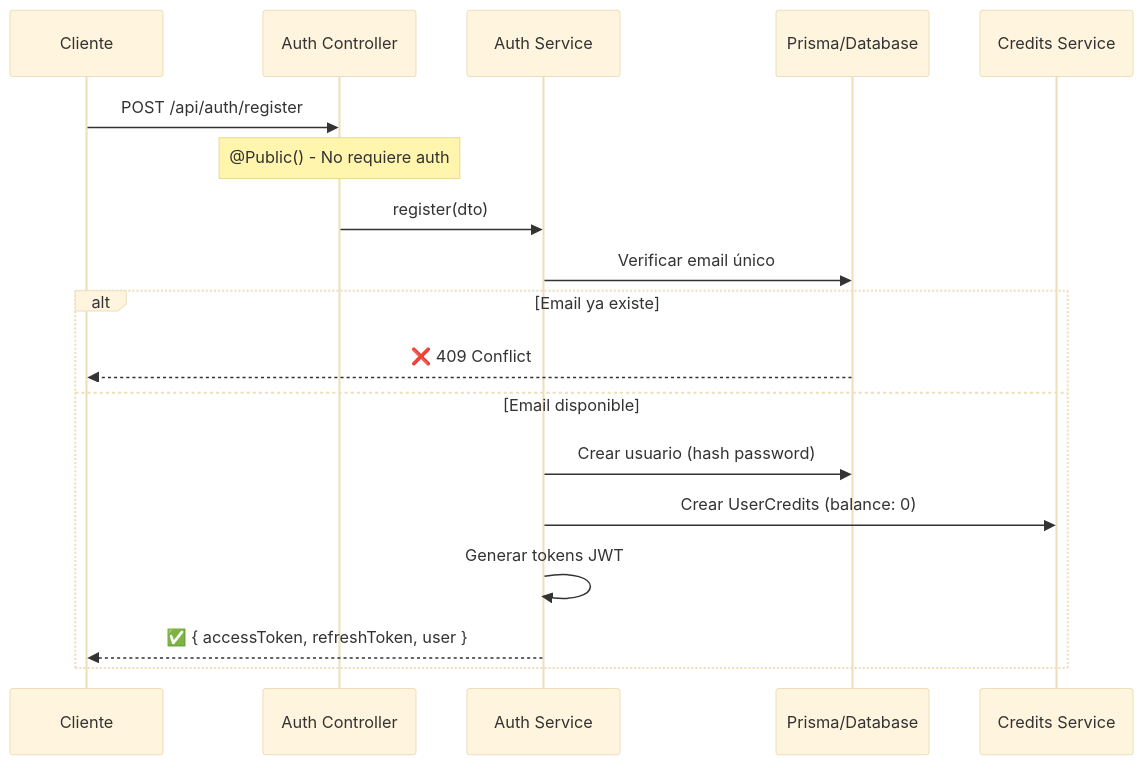
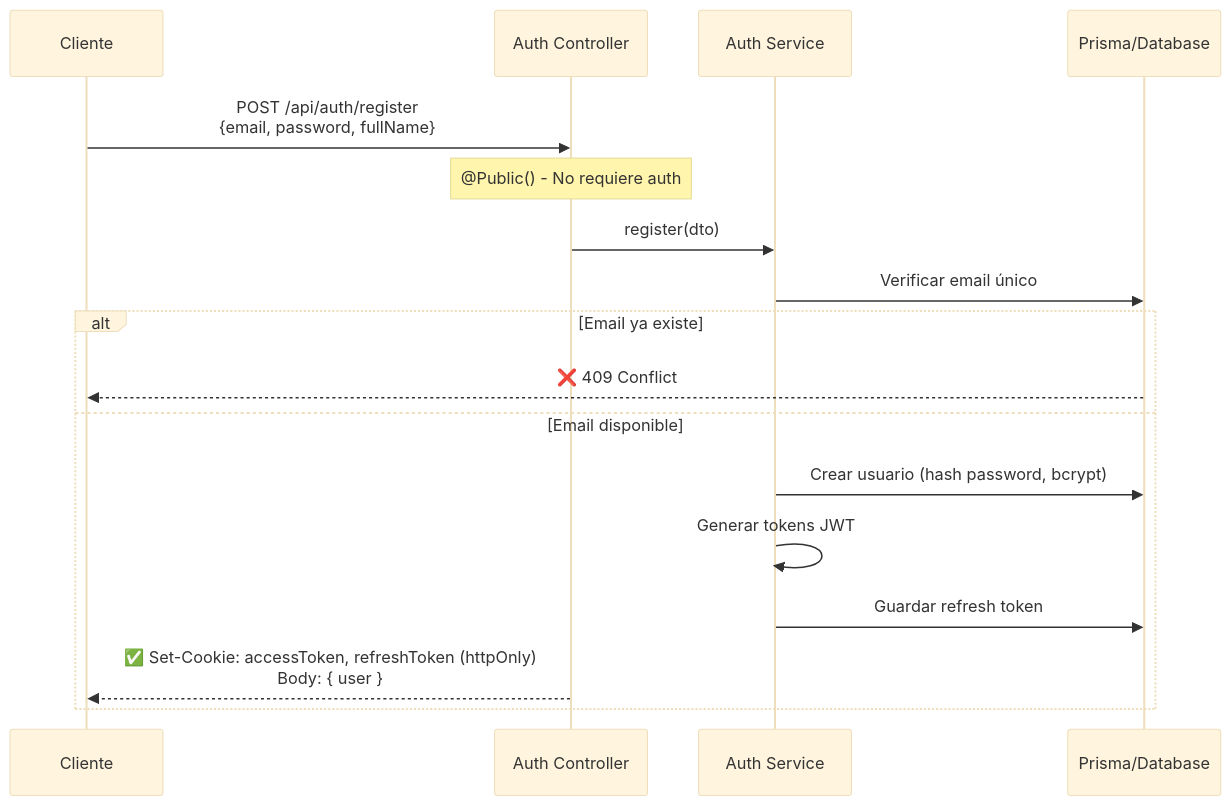
Before and after one commit to davitpra/backend-claw-and-soul-: the second of 14 diagrams in FLUJOS.md, drawn with Mermaid (base theme). The commit also changed other lines of this file and 3 other files, not shown here.

Commit message:
feat(auth): update JWT strategy, guards, filters and flow documentation

````diff
--- a/FLUJOS.md
+++ b/FLUJOS.md
@@ -83,21 +88,20 @@
 ```mermaid
 sequenceDiagram
     participant C as Cliente
     participant API as Auth Controller
     participant S as Auth Service
     participant DB as Prisma/Database
-    participant CR as Credits Service
 
-    C->>API: POST /api/auth/register
+    C->>API: POST /api/auth/register<br/>{email, password, fullName}
     Note over API: @Public() - No requiere auth
     API->>S: register(dto)
     S->>DB: Verificar email único
     alt Email ya existe
         DB-->>C: ❌ 409 Conflict
     else Email disponible
-        S->>DB: Crear usuario (hash password)
-        S->>CR: Crear UserCredits (balance: 0)
+        S->>DB: Crear usuario (hash password, bcrypt)
         S->>S: Generar tokens JWT
-        S-->>C: ✅ { accessToken, refreshToken, user }
+        S->>DB: Guardar refresh token
+        API-->>C: ✅ Set-Cookie: accessToken, refreshToken (httpOnly)<br/>Body: { user }
     end
 ```
````
